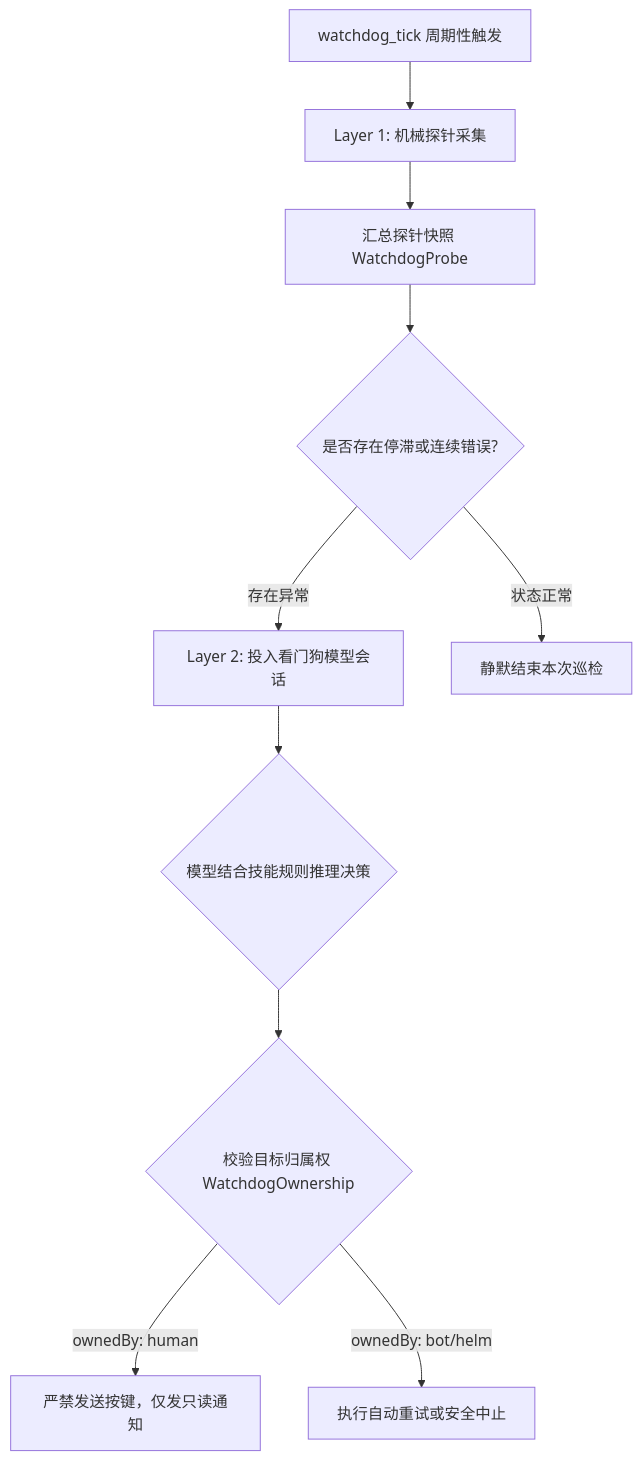
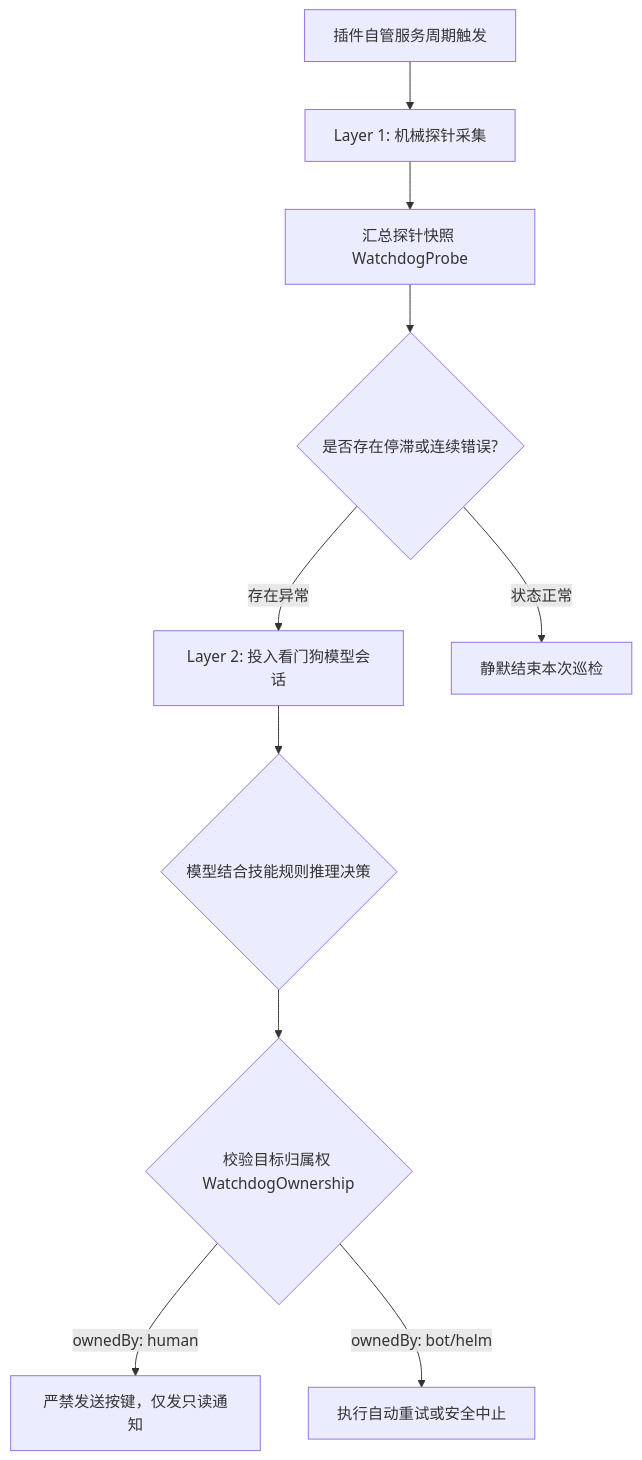
The third of 3 diagrams in docs/plugins/superagent.md (team4u/helm), drawn with Mermaid before and after one commit. The commit also changed other lines of this file and 10 other files, not shown here.

Commit message:
docs(architecture): 微内核瘦身契约同步——移除双7对称与watchdog_tick、Worktree迁入workflow、client.tsx单轨与json-render/mermaid插件化

````diff
--- a/docs/plugins/superagent.md
+++ b/docs/plugins/superagent.md
@@ -166,13 +165,13 @@
 ```mermaid
 flowchart TD
-    Tick["watchdog_tick 周期性触发"] --> Layer1["Layer 1: 机械探针采集"]
+    Tick["插件自管服务周期触发"] --> Layer1["Layer 1: 机械探针采集"]
     Layer1 --> Snapshot["汇总探针快照 WatchdogProbe"]
     Snapshot --> RuleCheck{"是否存在停滞或连续错误?"}
     RuleCheck -- 存在异常 --> Layer2["Layer 2: 投入看门狗模型会话"]
     RuleCheck -- 状态正常 --> Silent["静默结束本次巡检"]
     
     Layer2 --> Decision{"模型结合技能规则推理决策"}
     Decision --> RedlineCheck{"校验目标归属权 WatchdogOwnership"}
     RedlineCheck -- ownedBy: human --> ReadOnly["严禁发送按键，仅发只读通知"]
     RedlineCheck -- ownedBy: bot/helm --> AutoFix["执行自动重试或安全中止"]
 ```
````
